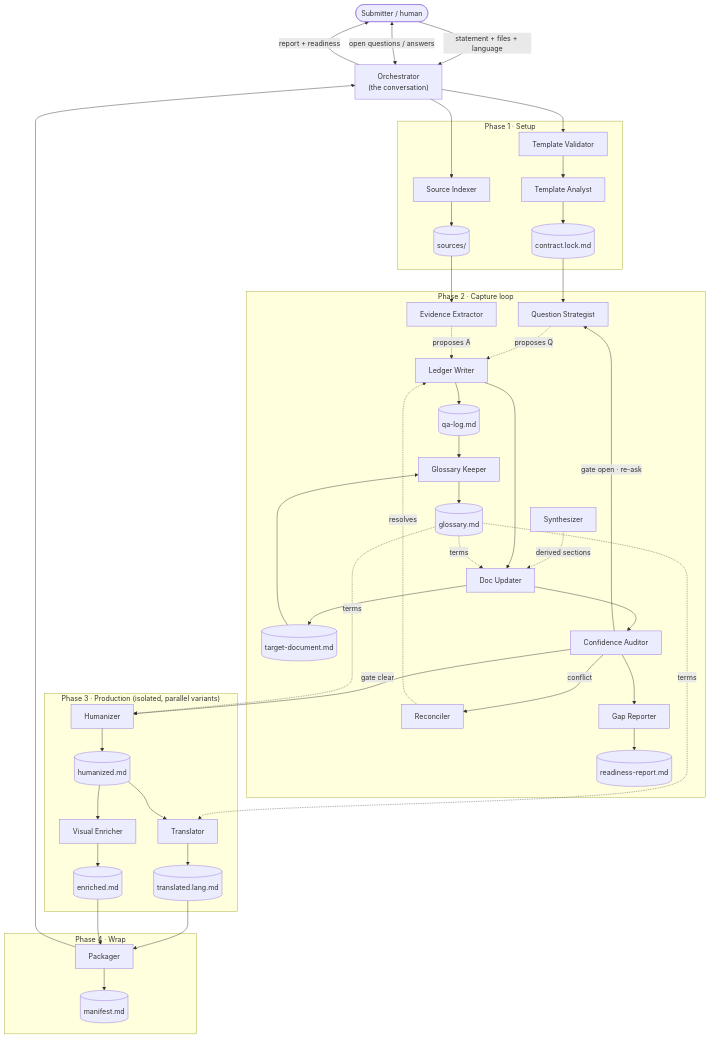
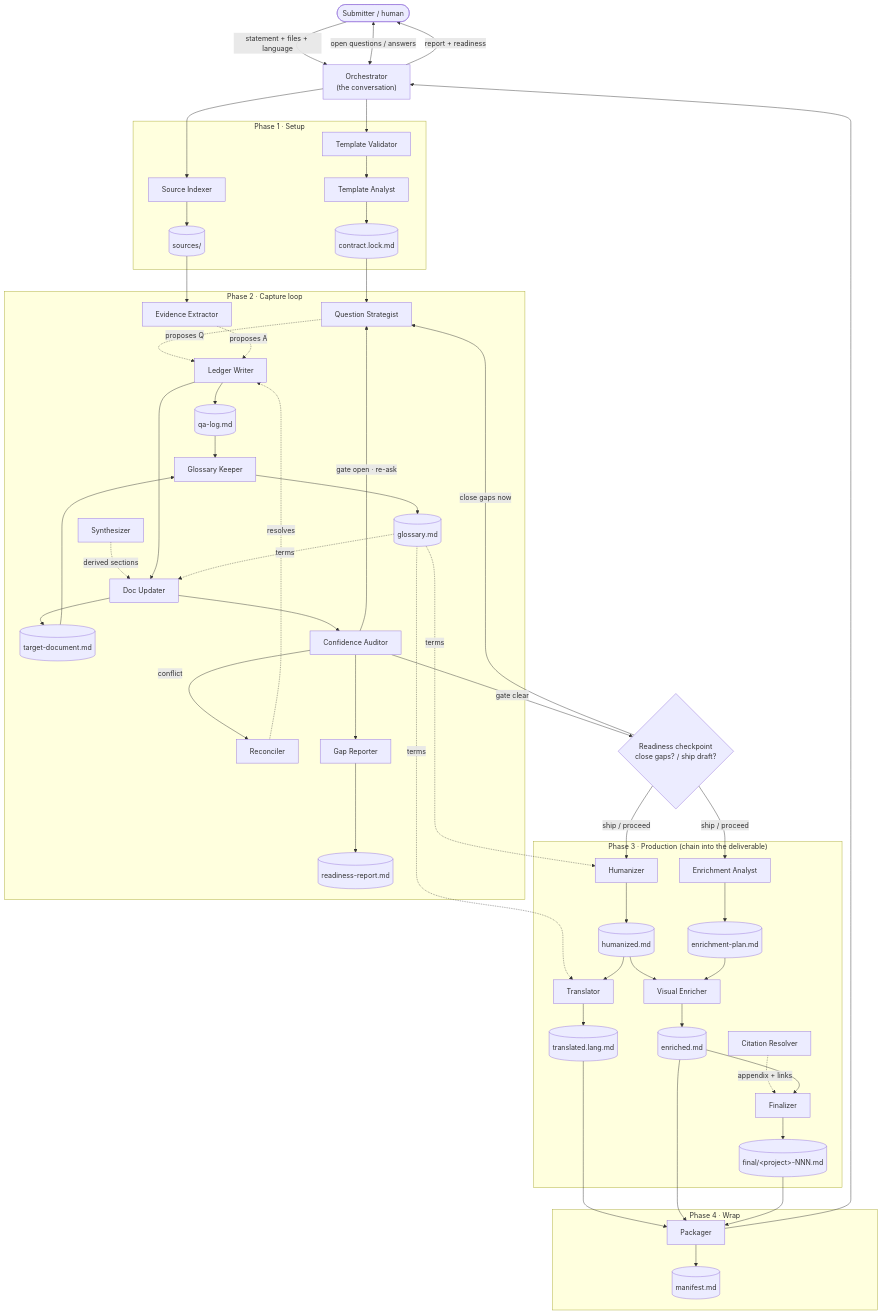
The first of 2 diagrams in plugins/hsb-teamwork/skills/origination-brainstorm/README.md (hugo-hsbtech/teamwork-process-marketplace), drawn with Mermaid before and after one commit. The commit also changed other lines of this file and 25 other files, not shown here.

First line of the commit message:
Origination: enriched final, readiness checkpoint, provenance + localization (#16)

````diff
--- a/plugins/hsb-teamwork/skills/origination-brainstorm/README.md
+++ b/plugins/hsb-teamwork/skills/origination-brainstorm/README.md
@@ -42,61 +42,70 @@
 ```mermaid
 flowchart TD
     H(["Submitter / human"]) -->|"statement + files + language"| O["Orchestrator<br/>(the conversation)"]
 
     subgraph P1["Phase 1 · Setup"]
         TV["Template Validator"] --> TA["Template Analyst"]
         SI["Source Indexer"]
         TA --> CONTRACT[("contract.lock.md")]
         SI --> SRC[("sources/")]
     end
 
     O --> TV
     O --> SI
 
     subgraph P2["Phase 2 · Capture loop"]
         QS["Question Strategist"]
         FE["Evidence Extractor"]
         RC["Reconciler"]
         LW["Ledger Writer"] --> LEDGER[("qa-log.md")]
         DU["Doc Updater"] --> DOC[("target-document.md")]
         SY["Synthesizer"] -.derived sections.-> DU
         GK["Glossary Keeper"] --> GLOSS[("glossary.md")]
         RR["Gap Reporter"] --> REPORT[("readiness-report.md")]
         CA["Confidence Auditor"]
     end
 
     CONTRACT --> QS
     SRC --> FE
     QS -.proposes Q.-> LW
     FE -.proposes A.-> LW
     RC -.resolves.-> LW
     O <-->|"open questions / answers"| H
     LW --> DU --> CA
     CA -->|"gate open · re-ask"| QS
     CA -->|"conflict"| RC
     CA --> RR
-    CA -->|"gate clear"| HU
+    CA -->|"gate clear"| CHK{"Readiness checkpoint<br/>close gaps? / ship draft?"}
+    CHK -->|"close gaps now"| QS
+    CHK -->|"ship / proceed"| HU
+    CHK -->|"ship / proceed"| EA
 
     LEDGER --> GK
     DOC --> GK
     GLOSS -.terms.-> DU
     GLOSS -.terms.-> HU
     GLOSS -.terms.-> TR
 
-    subgraph P3["Phase 3 · Production (isolated, parallel variants)"]
+    subgraph P3["Phase 3 · Production (chain into the deliverable)"]
         HU["Humanizer"] --> HMD[("humanized.md")]
+        EA["Enrichment Analyst"] --> EPL[("enrichment-plan.md")]
         TR["Translator"] --> TMD[("translated.lang.md")]
         VE["Visual Enricher"] --> EMD[("enriched.md")]
+        CR["Citation Resolver"] -.appendix + links.-> FN
+        FN["Finalizer"] --> FMD[("final/&lt;project&gt;-NNN.md")]
         HMD --> TR
         HMD --> VE
+        EPL --> VE
+        EMD --> FN
     end
 
     subgraph P4["Phase 4 · Wrap"]
         PK["Packager"] --> MAN[("manifest.md")]
     end
 
     TMD --> PK
     EMD --> PK
+    FMD --> PK
     PK --> O
     O -->|"report + readiness"| H
 ```
````
